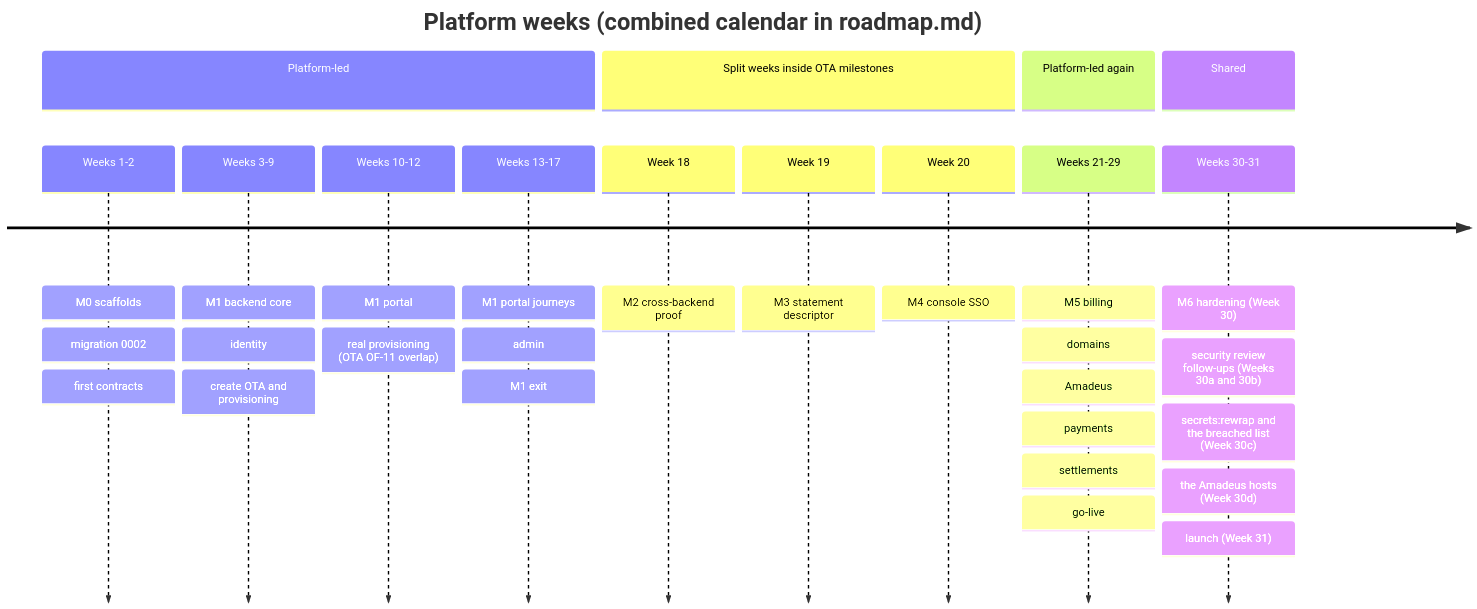
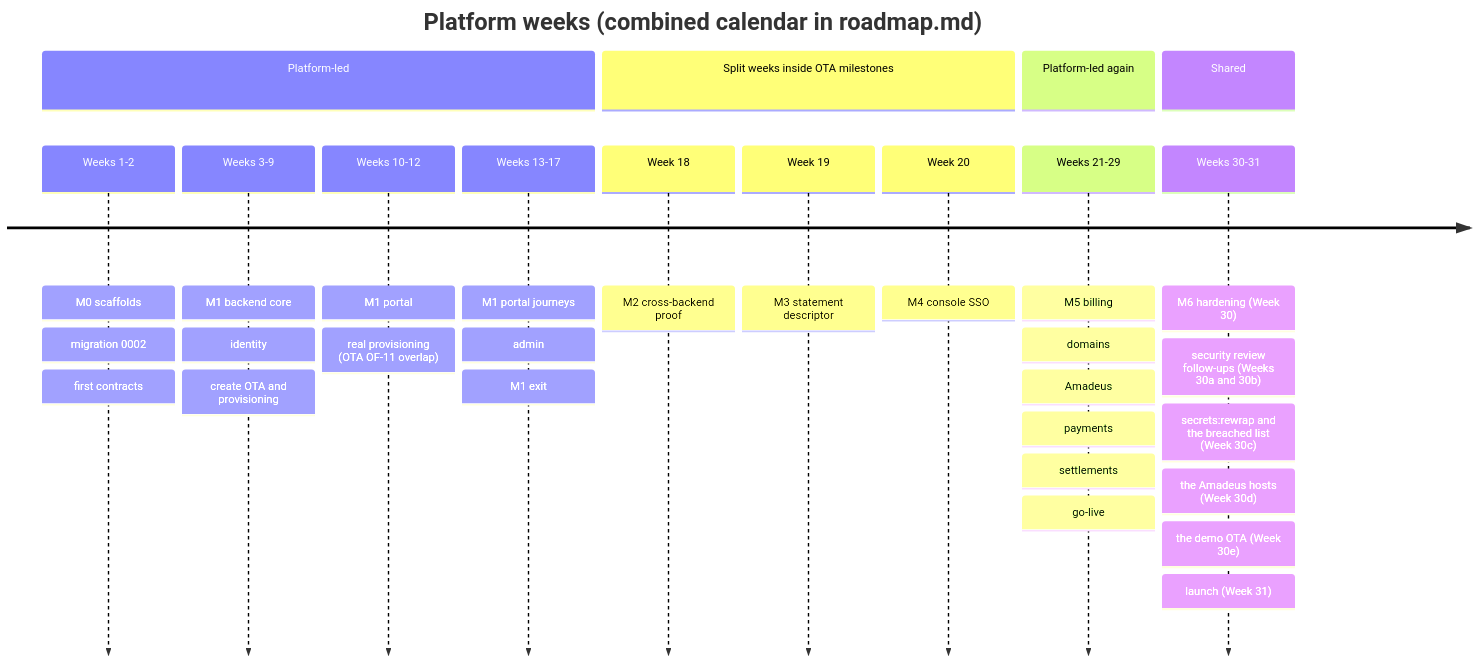
Before and after one commit to bhagwati-prasad/velexis-ota: the diagram in platform/docs/plans/solo-developer-plan.md, drawn with Mermaid. The commit also changed other lines of this file and 30 other files, not shown here.

First line of the commit message:
fix: move X-043 after launch and plan this wave's new tasks, keep secrets out of Caddy's error log and unit start, name the WAF's argument refusal, and test the security-log units in CI

````diff
--- a/platform/docs/plans/solo-developer-plan.md
+++ b/platform/docs/plans/solo-developer-plan.md
@@ -62,17 +63,17 @@
 ```mermaid
 timeline
   title Platform weeks (combined calendar in roadmap.md)
   section Platform-led
     Weeks 1-2 : M0 scaffolds : migration 0002 : first contracts
     Weeks 3-9 : M1 backend core : identity : create OTA and provisioning
     Weeks 10-12 : M1 portal : real provisioning (OTA OF-11 overlap)
     Weeks 13-17 : M1 portal journeys : admin : M1 exit
   section Split weeks inside OTA milestones
     Week 18 : M2 cross-backend proof
     Week 19 : M3 statement descriptor
     Week 20 : M4 console SSO
   section Platform-led again
     Weeks 21-29 : M5 billing : domains : Amadeus : payments : settlements : go-live
   section Shared
-    Weeks 30-31 : M6 hardening (Week 30) : security review follow-ups (Weeks 30a and 30b) : secrets:rewrap and the breached list (Week 30c) : the Amadeus hosts (Week 30d) : launch (Week 31)
+    Weeks 30-31 : M6 hardening (Week 30) : security review follow-ups (Weeks 30a and 30b) : secrets:rewrap and the breached list (Week 30c) : the Amadeus hosts (Week 30d) : the demo OTA (Week 30e) : launch (Week 31)
 ```
````
